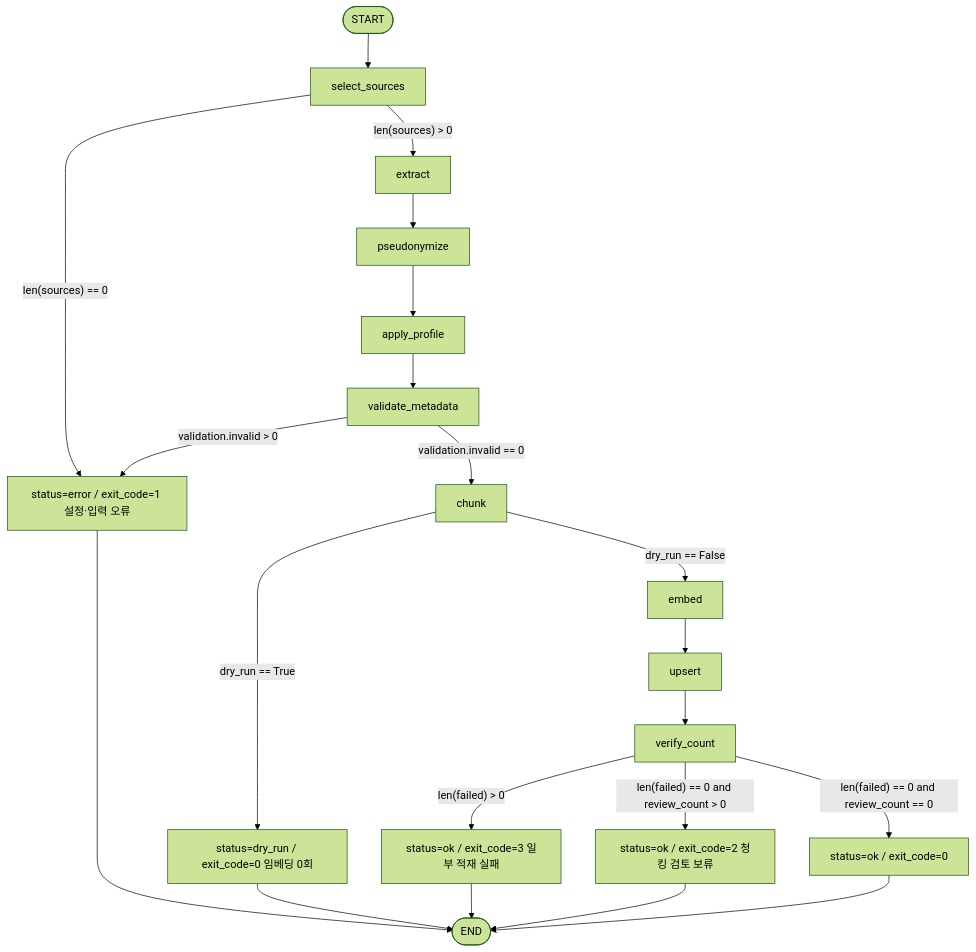
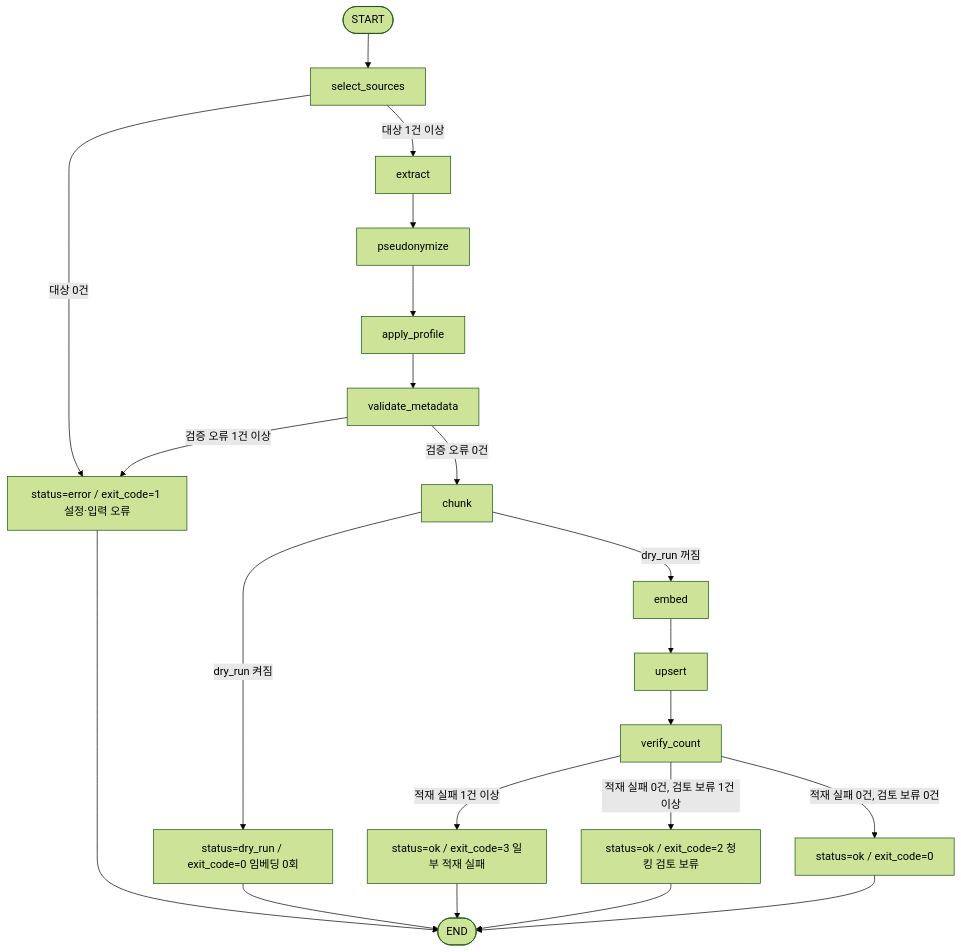
Before and after one commit to unicorn-campus/design-agentic-ai: the first of 2 diagrams in hybrid-ai-lab/vector/plan.md, drawn with Mermaid (forest theme). The commit also changed other lines of this file, not shown here.

````diff
--- a/hybrid-ai-lab/vector/plan.md
+++ b/hybrid-ai-lab/vector/plan.md
@@ -230,30 +230,41 @@
 ```mermaid
 flowchart TD
-    S([START]) --> A[select_sources]
-    A -->|"len(sources) == 0"| X1
-    A -->|"len(sources) > 0"| B[extract]
-    B --> C[pseudonymize]
-    C --> D[apply_profile]
-    D --> V[validate_metadata]
-    V -->|"validation.invalid > 0"| X1
-    V -->|"validation.invalid == 0"| CH[chunk]
-    CH -->|"dry_run == True"| X2
-    CH -->|"dry_run == False"| EM[embed]
-    EM --> UP[upsert]
-    UP --> VC[verify_count]
-    VC -->|"len(failed) > 0"| X3
-    VC -->|"len(failed) == 0 and review_count > 0"| X4
-    VC -->|"len(failed) == 0 and review_count == 0"| X0
-
+    S([START])
+    A["select_sources"]
+    B["extract"]
+    C["pseudonymize"]
+    D["apply_profile"]
+    V["validate_metadata"]
+    CH["chunk"]
+    EM["embed"]
+    UP["upsert"]
+    VC["verify_count"]
     X0["status=ok / exit_code=0"]
     X1["status=error / exit_code=1 설정·입력 오류"]
     X2["status=dry_run / exit_code=0 임베딩 0회"]
     X3["status=ok / exit_code=3 일부 적재 실패"]
     X4["status=ok / exit_code=2 청킹 검토 보류"]
+    E([END])
 
-    X0 --> E([END])
+    S --> A
+    A -->|"대상 0건"| X1
+    A -->|"대상 1건 이상"| B
+    B --> C
+    C --> D
+    D --> V
+    V -->|"검증 오류 1건 이상"| X1
+    V -->|"검증 오류 0건"| CH
+    CH -->|"dry_run 켜짐"| X2
+    CH -->|"dry_run 꺼짐"| EM
+    EM --> UP
+    UP --> VC
+    VC -->|"적재 실패 1건 이상"| X3
+    VC -->|"적재 실패 0건, 검토 보류 1건 이상"| X4
+    VC -->|"적재 실패 0건, 검토 보류 0건"| X0
+
+    X0 --> E
     X1 --> E
     X2 --> E
     X3 --> E
     X4 --> E
 ```
````
